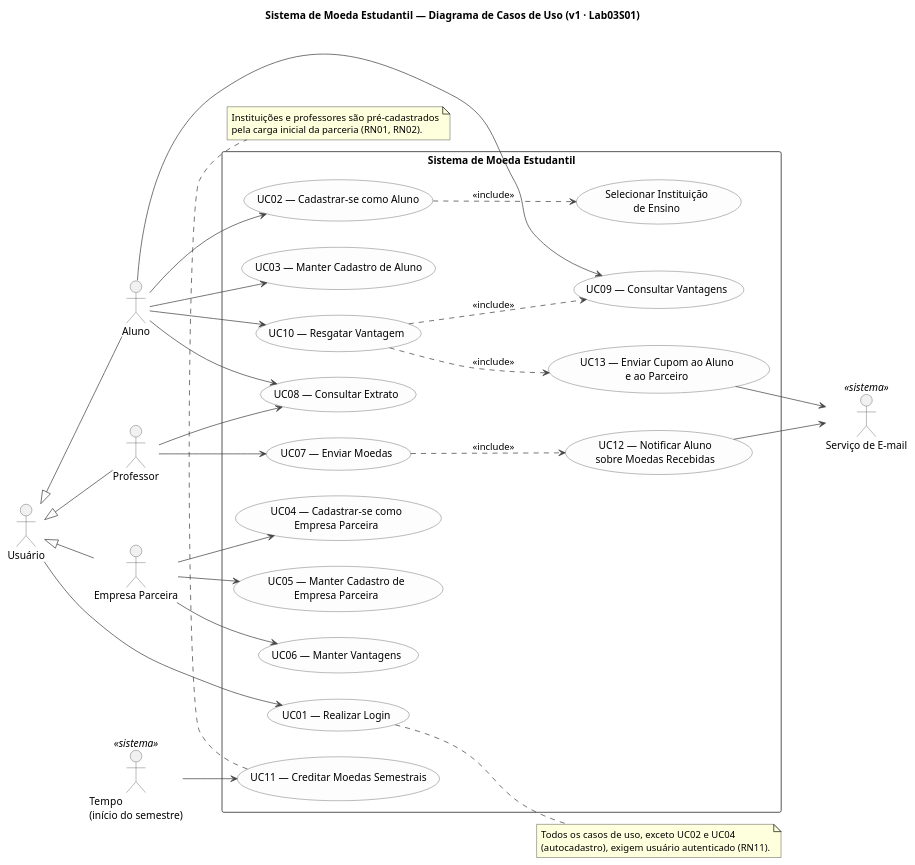
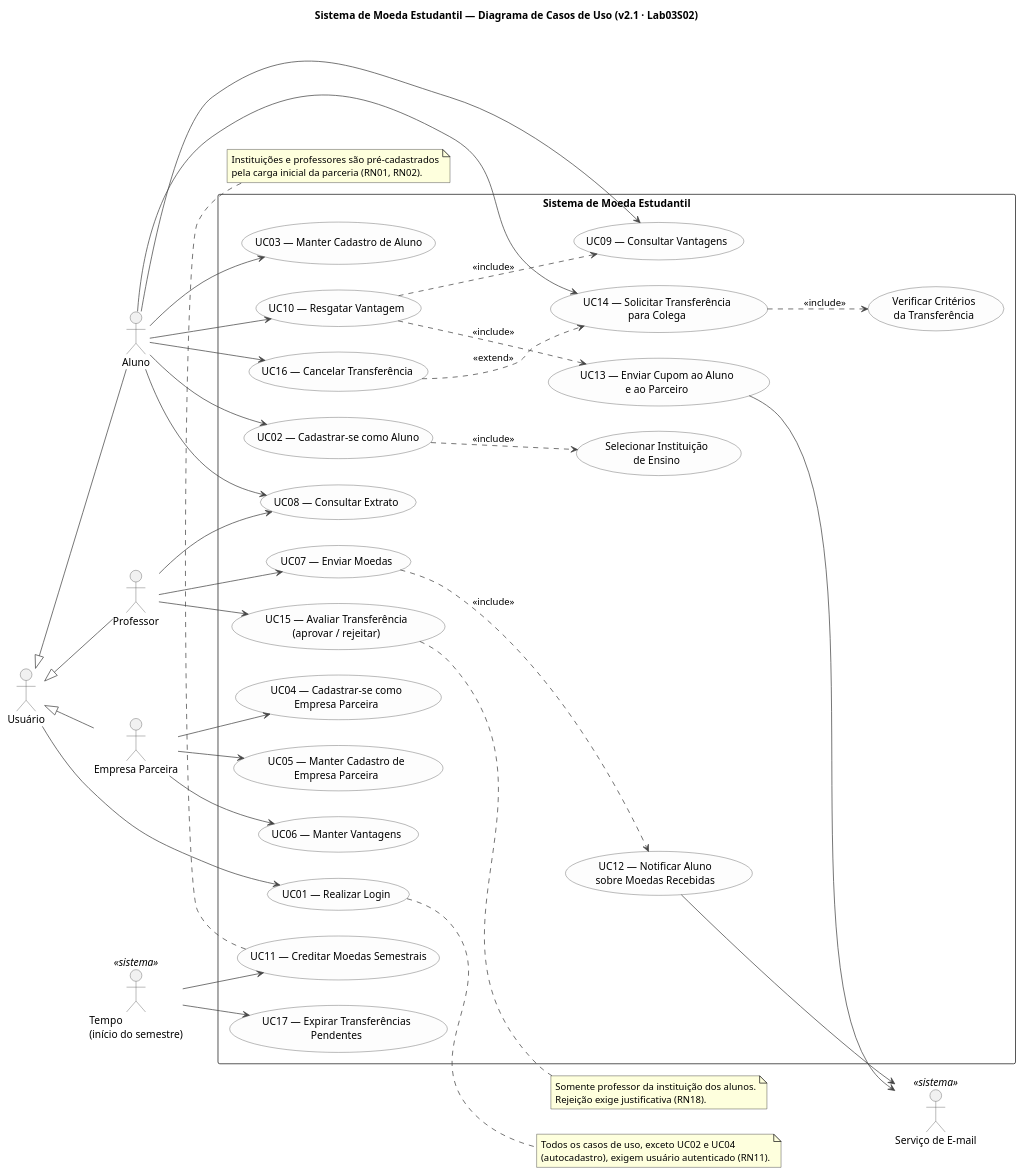
One commit to viniciusoramos/Sistema-de-Moeda-Estudantil changed the diagram in docs/diagramas/casos-de-uso.puml. Above: the diagram before and after it, drawn with PlantUML. The commit also changed 50 other files, not shown here.

First line of the commit message:
Novo requisito: transferência de moedas entre alunos com aprovação (v2.1)

```diff
--- a/docs/diagramas/casos-de-uso.puml
+++ b/docs/diagramas/casos-de-uso.puml
@@ -1,84 +1,104 @@
 @startuml casos-de-uso
 ' =====================================================================
 ' Sistema de Moeda Estudantil - PUC Minas
-' Diagrama de Casos de Uso - v1 (Lab03S01)
+' Diagrama de Casos de Uso - v2.1 (Lab03S02 + novo requisito)
+'
+' Mudanças em relação à v2: novo requisito de transferência de moedas
+' entre alunos com aprovação de professor (UC14 a UC17).
 ' =====================================================================
 
-title Sistema de Moeda Estudantil — Diagrama de Casos de Uso (v1 · Lab03S01)
+title Sistema de Moeda Estudantil — Diagrama de Casos de Uso (v2.1 · Lab03S02)
 
 left to right direction
 skinparam shadowing false
 skinparam packageStyle rectangle
 skinparam usecase {
   BackgroundColor #FDFDFD
   BorderColor #444444
   ArrowColor #444444
 }
 skinparam actor {
   BorderColor #444444
 }
 
 actor "Usuário" as Usuario
 actor "Aluno" as Aluno
 actor "Professor" as Professor
 actor "Empresa Parceira" as Empresa
 actor "Serviço de E-mail" as Email <<sistema>>
 actor "Tempo\n(início do semestre)" as Tempo <<sistema>>
 
 Aluno -up-|> Usuario
 Professor -up-|> Usuario
 Empresa -up-|> Usuario
 
 rectangle "Sistema de Moeda Estudantil" {
   usecase "UC01 — Realizar Login" as UC01
   usecase "UC02 — Cadastrar-se como Aluno" as UC02
   usecase "UC03 — Manter Cadastro de Aluno" as UC03
   usecase "UC04 — Cadastrar-se como\nEmpresa Parceira" as UC04
   usecase "UC05 — Manter Cadastro de\nEmpresa Parceira" as UC05
   usecase "UC06 — Manter Vantagens" as UC06
   usecase "UC07 — Enviar Moedas" as UC07
   usecase "UC08 — Consultar Extrato" as UC08
   usecase "UC09 — Consultar Vantagens" as UC09
   usecase "UC10 — Resgatar Vantagem" as UC10
   usecase "UC11 — Creditar Moedas Semestrais" as UC11
   usecase "UC12 — Notificar Aluno\nsobre Moedas Recebidas" as UC12
   usecase "UC13 — Enviar Cupom ao Aluno\ne ao Parceiro" as UC13
   usecase "Selecionar Instituição\nde Ensino" as UCInst
+  usecase "UC14 — Solicitar Transferência\npara Colega" as UC14
+  usecase "UC15 — Avaliar Transferência\n(aprovar / rejeitar)" as UC15
+  usecase "UC16 — Cancelar Transferência" as UC16
+  usecase "UC17 — Expirar Transferências\nPendentes" as UC17
+  usecase "Verificar Critérios\nda Transferência" as UCCrit
 }
 
 Usuario --> UC01
 
 Aluno --> UC02
 Aluno --> UC03
 Aluno --> UC08
 Aluno --> UC09
 Aluno --> UC10
 
 Professor --> UC07
 Professor --> UC08
 
 Empresa --> UC04
 Empresa --> UC05
 Empresa --> UC06
 
 Tempo --> UC11
+
+Aluno --> UC14
+Aluno --> UC16
+Professor --> UC15
+Tempo --> UC17
+UC14 ..> UCCrit : <<include>>
+UC16 ..> UC14 : <<extend>>
+
+note right of UC15
+  Somente professor da instituição dos alunos.
+  Rejeição exige justificativa (RN18).
+end note
 
 UC02 ..> UCInst : <<include>>
 UC07 ..> UC12 : <<include>>
 UC10 ..> UC13 : <<include>>
 UC10 ..> UC09 : <<include>>
 
 UC12 --> Email
 UC13 --> Email
 
 note right of UC01
   Todos os casos de uso, exceto UC02 e UC04
   (autocadastro), exigem usuário autenticado (RN11).
 end note
 
 note bottom of UC11
   Instituições e professores são pré-cadastrados
   pela carga inicial da parceria (RN01, RN02).
 end note
 
 @enduml
```
